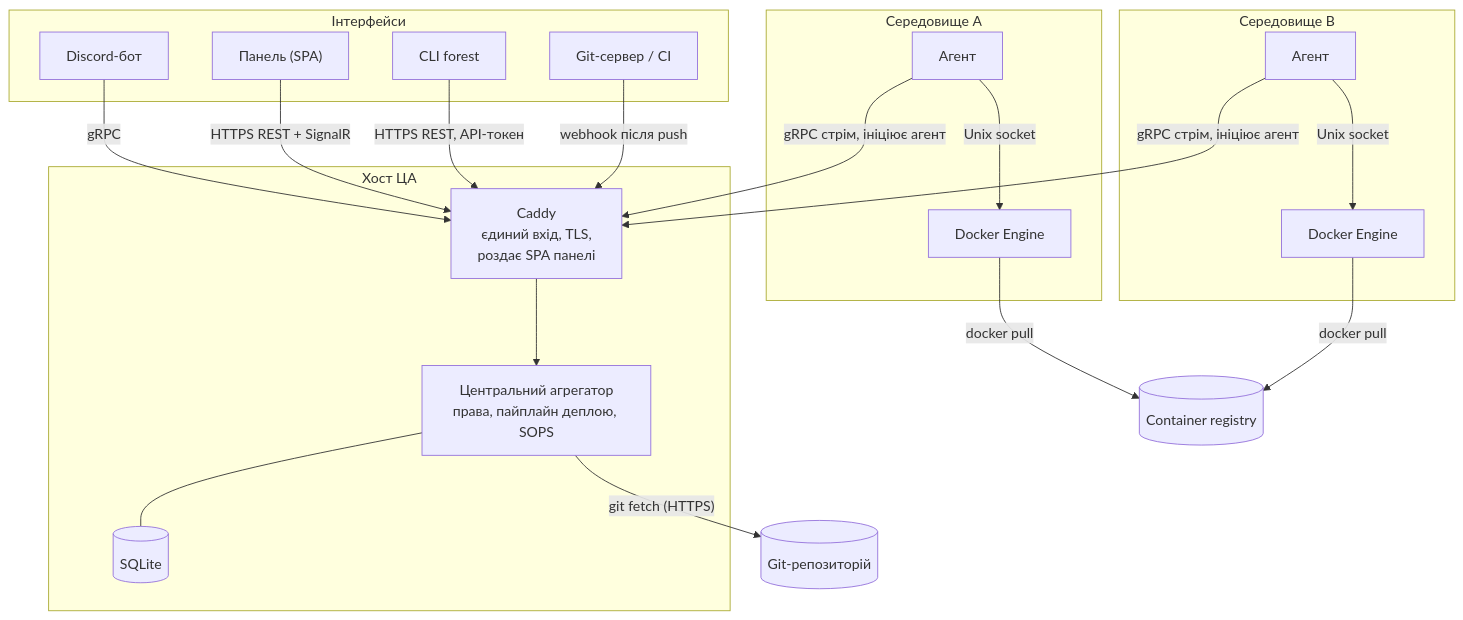
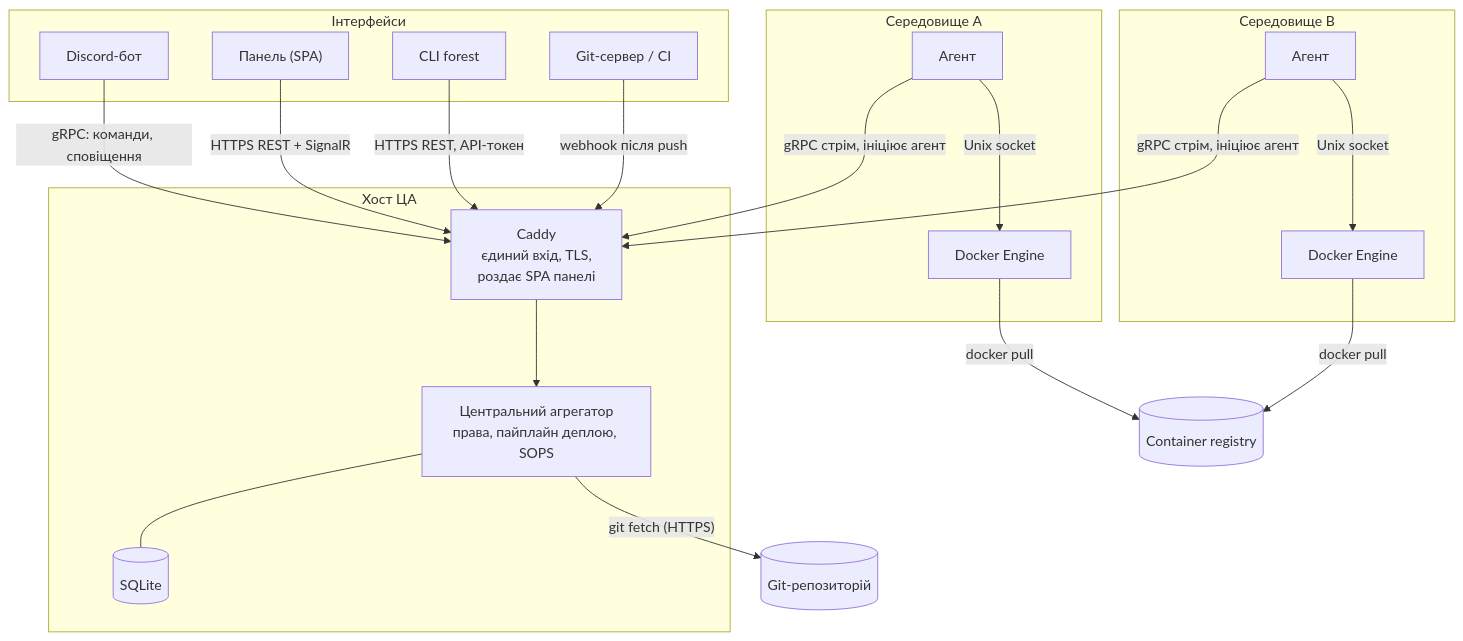
The diagram in README.md (container-forest/container-forest), drawn with Mermaid before and after one commit. The commit also changed 2 other files, not shown here.

Commit message:
docs: refine architecture diagrams and add deployment sequence
Show that the agent writes stack files and Docker mounts them, what
travels over the agent stream, the bot's notification stream and the
Discord OAuth2 connection. Add a sequence diagram of a deployment with
SOPS decryption and rehydrate after a host reboot.

Claude-Session: https://claude.ai/code/session_01DovwCNenAuX2Dt3bv4TSVF

````diff
--- a/README.md
+++ b/README.md
@@ -49,31 +49,31 @@
 ```mermaid
 flowchart TB
   subgraph Clients["Інтерфейси"]
     Bot["Discord-бот"]
     UI["Панель (SPA)"]
     Cli["CLI forest"]
     Hooks["Git-сервер / CI"]
   end
   subgraph EnvB["Середовище B"]
     EA2["Агент"] -->|"Unix socket"| D2["Docker Engine"]
   end
   subgraph EnvA["Середовище A"]
     EA1["Агент"] -->|"Unix socket"| D1["Docker Engine"]
   end
   subgraph Host["Хост ЦА"]
     Caddy["Caddy<br/>єдиний вхід, TLS,<br/>роздає SPA панелі"] --> CA["Центральний агрегатор<br/>права, пайплайн деплою, SOPS"]
     CA --- DB[("SQLite")]
   end
   Git[("Git-репозиторій")]
   Reg[("Container registry")]
 
-  Bot -->|"gRPC"| Caddy
+  Bot -->|"gRPC: команди, сповіщення"| Caddy
   UI -->|"HTTPS REST + SignalR"| Caddy
   Cli -->|"HTTPS REST, API-токен"| Caddy
   Hooks -->|"webhook після push"| Caddy
   EA1 -->|"gRPC стрім, ініціює агент"| Caddy
   EA2 -->|"gRPC стрім, ініціює агент"| Caddy
   CA -->|"git fetch (HTTPS)"| Git
   D1 -->|"docker pull"| Reg
   D2 -->|"docker pull"| Reg
 ```
````
